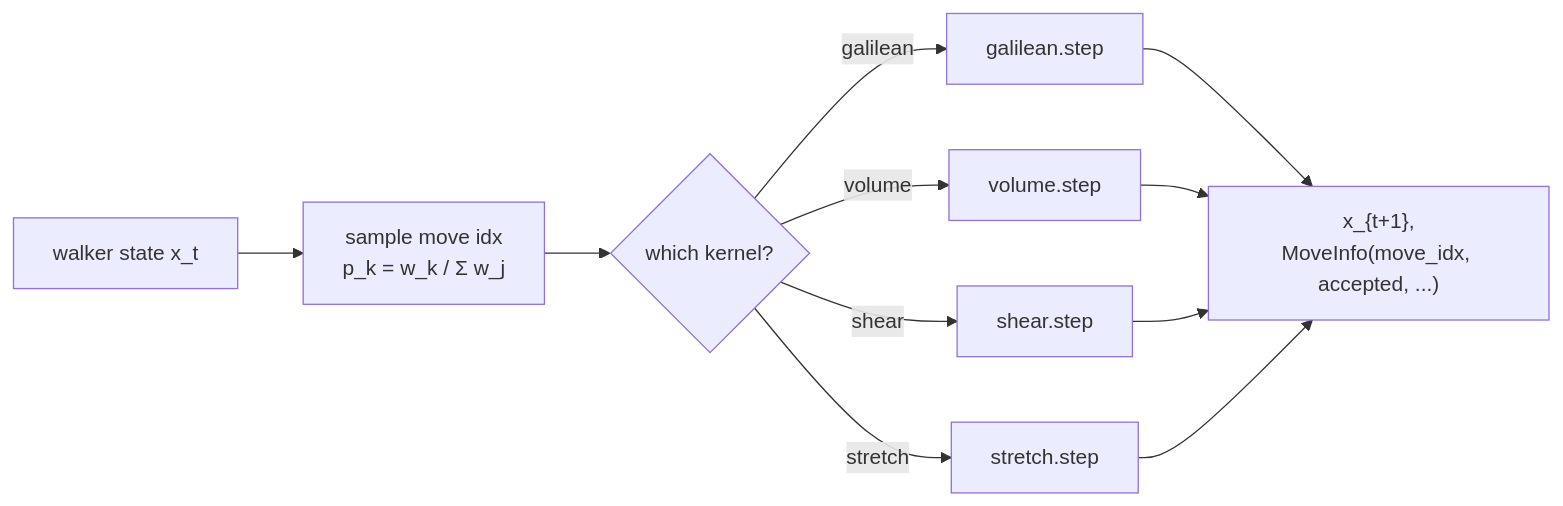
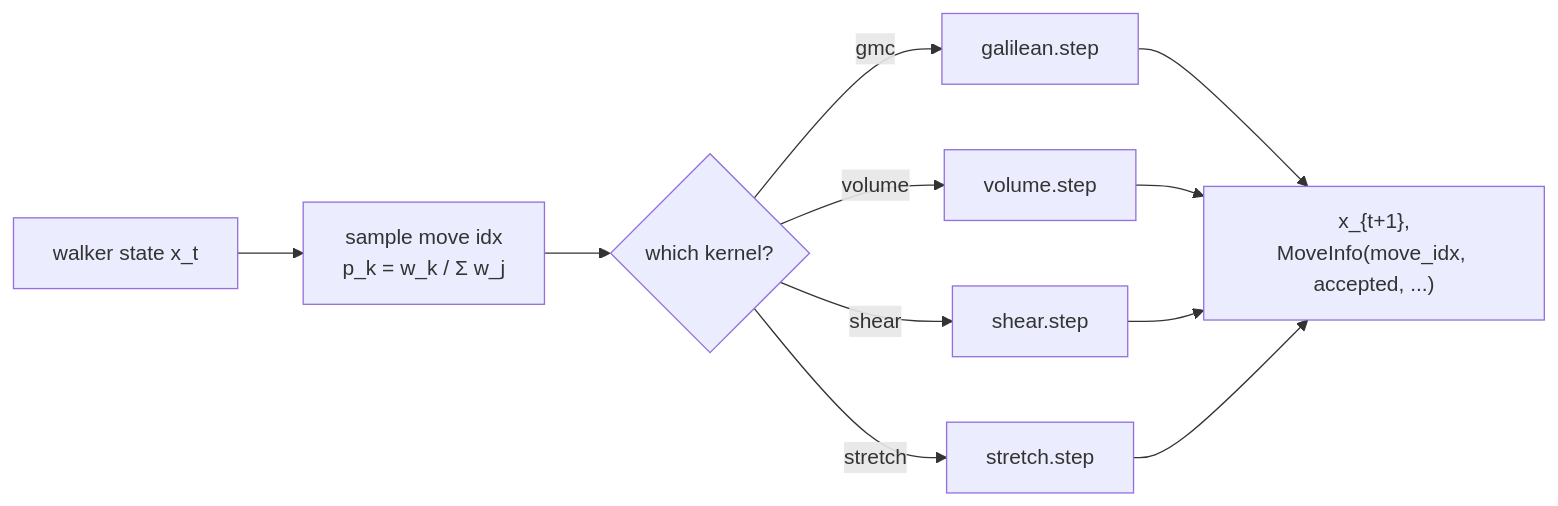
Before and after one commit to nunglert/jaxrens: the first of 2 diagrams in docs/user/concepts/moves_mwg.md, drawn with Mermaid. The commit also changed other lines of this file and 9 other files, not shown here.

````diff
--- a/docs/user/concepts/moves_mwg.md
+++ b/docs/user/concepts/moves_mwg.md
@@ -41,13 +54,13 @@
 ```{mermaid}
 flowchart LR
     W["walker state x_t"] --> S["sample move idx<br/>p_k = w_k / Σ w_j"]
     S --> R{"which kernel?"}
-    R -->|galilean| G["galilean.step"]
+    R -->|gmc| G["galilean.step"]
     R -->|volume| V["volume.step"]
     R -->|shear| SH["shear.step"]
     R -->|stretch| ST["stretch.step"]
     G --> O["x_{t+1},<br/>MoveInfo(move_idx, accepted, ...)"]
     V --> O
     SH --> O
     ST --> O
 ```
````
